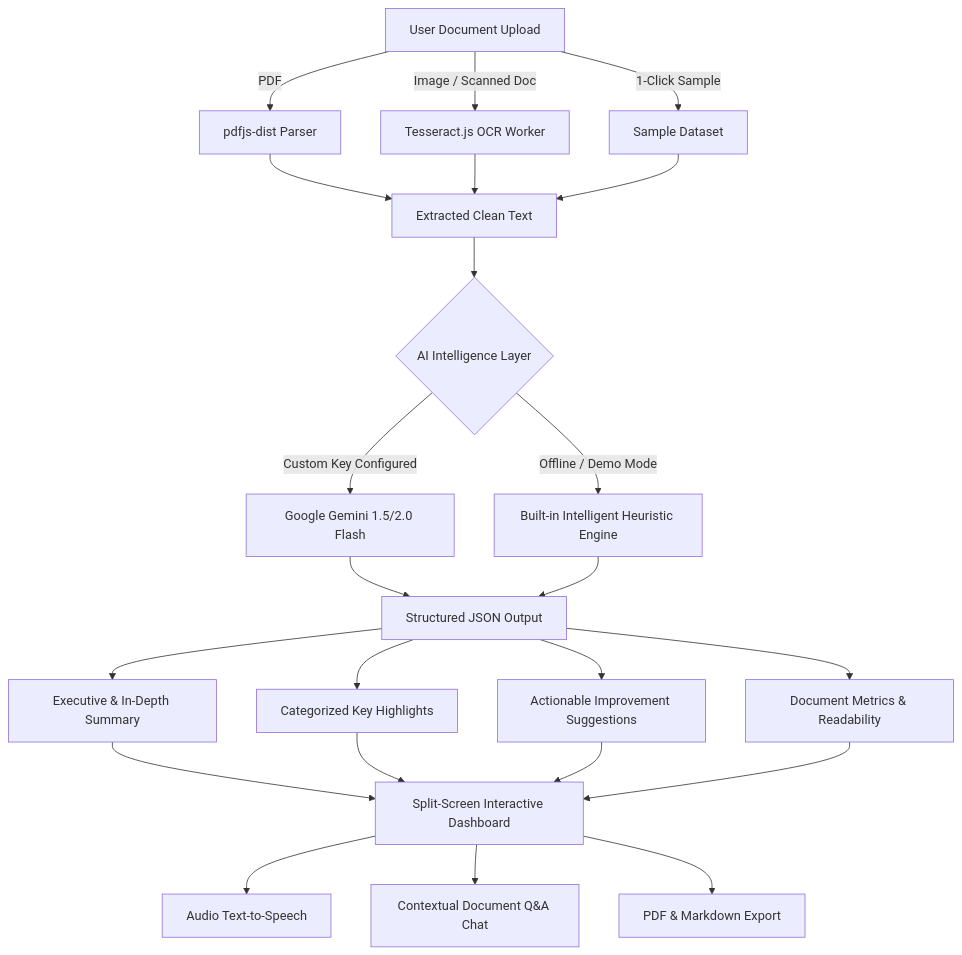
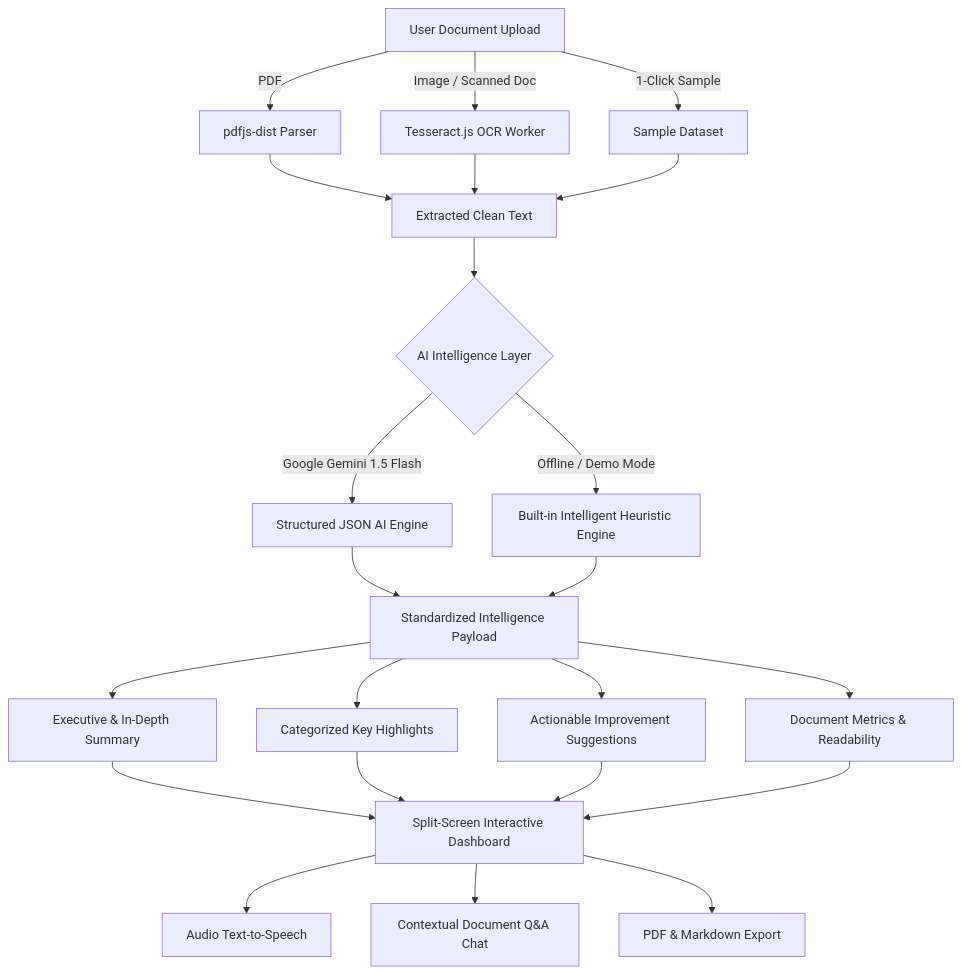
The diagram in README.md (dhanushh00/Document-Summary-Assistant), drawn with Mermaid before and after one commit. The commit also changed other lines of this file, not shown here.

Commit message:
docs: polish README with exact assessment deliverables, architecture diagram, and Vercel guide

````diff
--- a/README.md
+++ b/README.md
@@ -48,31 +54,31 @@
 ```mermaid
 flowchart TD
     A[User Document Upload] -->|PDF| B[pdfjs-dist Parser]
     A -->|Image / Scanned Doc| C[Tesseract.js OCR Worker]
     A -->|1-Click Sample| D[Sample Dataset]
 
     B --> E[Extracted Clean Text]
     C --> E
     D --> E
 
     E --> F{AI Intelligence Layer}
-    F -->|Custom Key Configured| G[Google Gemini 1.5/2.0 Flash]
+    F -->|Google Gemini 1.5 Flash| G[Structured JSON AI Engine]
     F -->|Offline / Demo Mode| H[Built-in Intelligent Heuristic Engine]
 
-    G --> I[Structured JSON Output]
+    G --> I[Standardized Intelligence Payload]
     H --> I
 
     I --> J1[Executive & In-Depth Summary]
     I --> J2[Categorized Key Highlights]
     I --> J3[Actionable Improvement Suggestions]
     I --> J4[Document Metrics & Readability]
 
     J1 --> K[Split-Screen Interactive Dashboard]
     J2 --> K
     J3 --> K
     J4 --> K
 
     K --> L1[Audio Text-to-Speech]
     K --> L2[Contextual Document Q&A Chat]
     K --> L3[PDF & Markdown Export]
 ```
````
